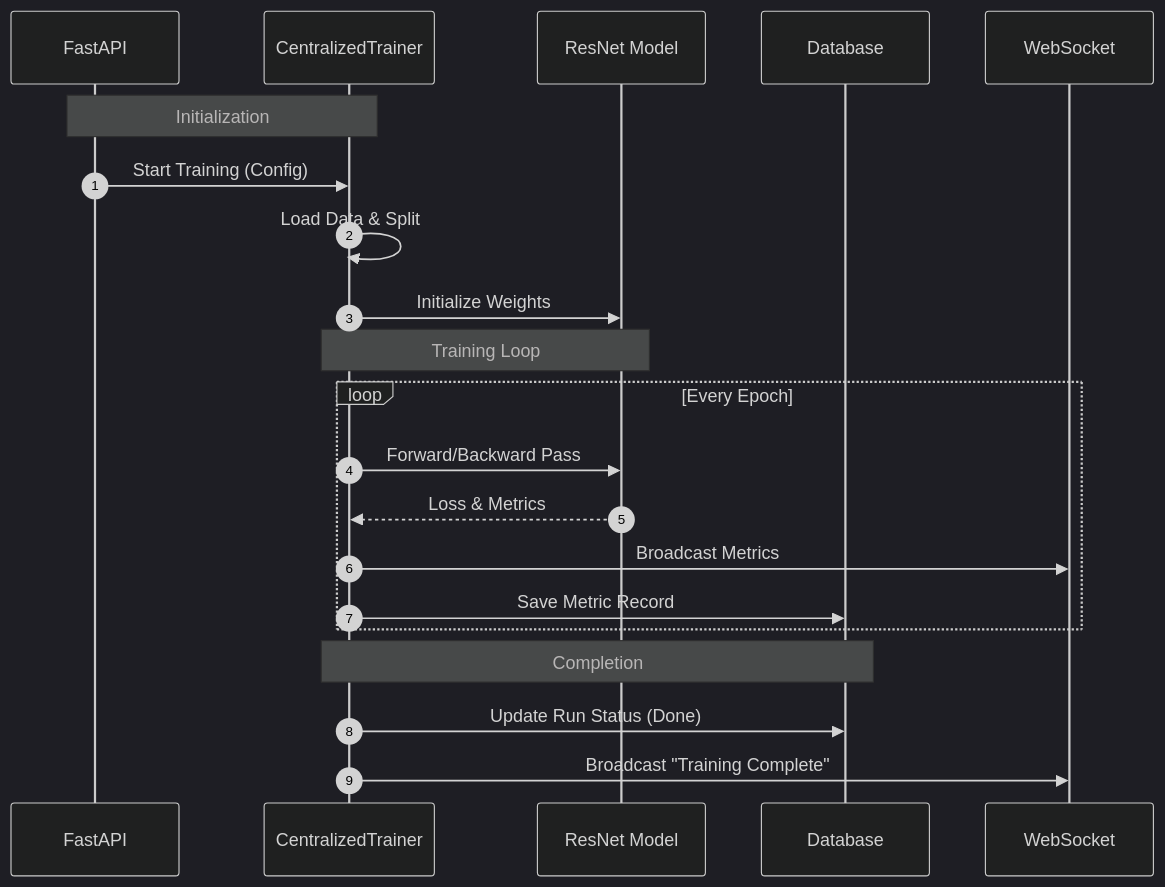
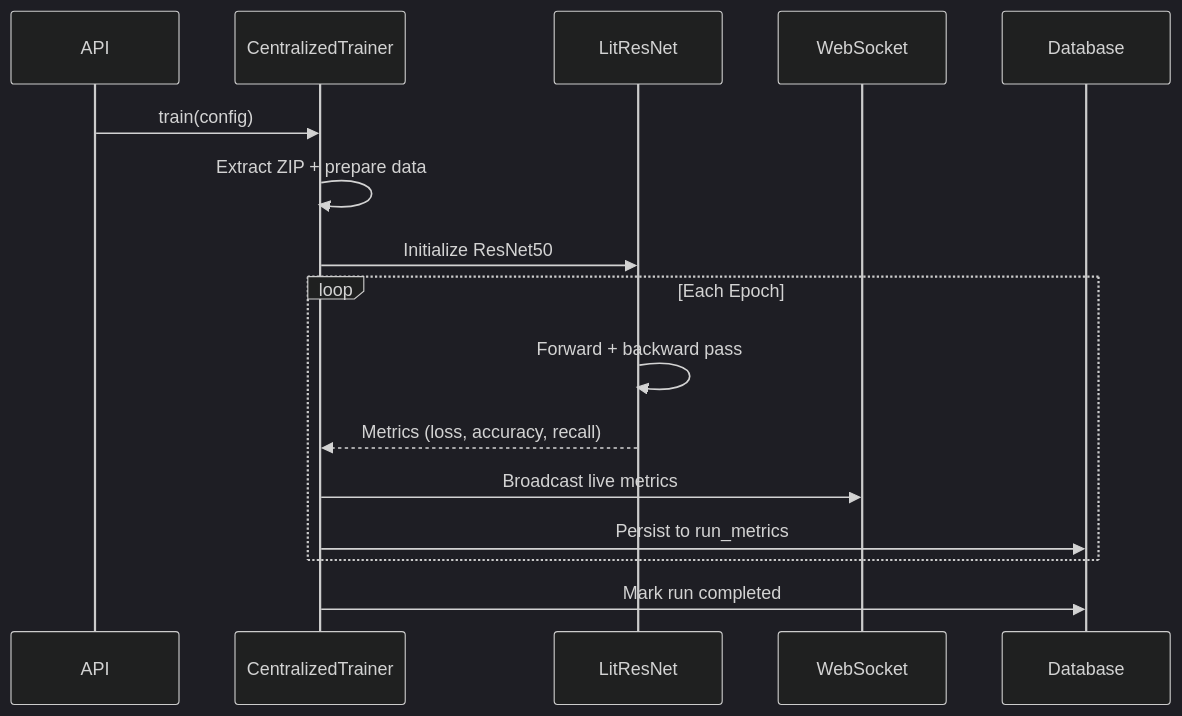
The third of 8 diagrams in federated_pneumonia_detection/src/control/README.md (h19overflow/federated_learning), drawn with Mermaid (dark theme) before and after one commit. The commit also changed other lines of this file and 21 other files, not shown here.

````diff
--- a/federated_pneumonia_detection/src/control/README.md
+++ b/federated_pneumonia_detection/src/control/README.md
@@ -348,26 +78,21 @@
 ```mermaid
 sequenceDiagram
-    autonumber
-    participant API as FastAPI
-    participant CT as CentralizedTrainer
-    participant Model as ResNet Model
+    participant API
+    participant Trainer as CentralizedTrainer
+    participant Model as LitResNet
+    participant WS as WebSocket
     participant DB as Database
-    participant WS as WebSocket
 
-    Note over API, CT: Initialization
-    API->>CT: Start Training (Config)
-    CT->>CT: Load Data & Split
-    CT->>Model: Initialize Weights
+    API->>Trainer: train(config)
+    Trainer->>Trainer: Extract ZIP + prepare data
+    Trainer->>Model: Initialize ResNet50
 
-    Note over CT, Model: Training Loop
-    loop Every Epoch
-        CT->>Model: Forward/Backward Pass
-        Model-->>CT: Loss & Metrics
-        CT->>WS: Broadcast Metrics
-        CT->>DB: Save Metric Record
+    loop Each Epoch
+        Model->>Model: Forward + backward pass
+        Model-->>Trainer: Metrics (loss, accuracy, recall)
+        Trainer->>WS: Broadcast live metrics
+        Trainer->>DB: Persist to run_metrics
     end
 
-    Note over CT, DB: Completion
-    CT->>DB: Update Run Status (Done)
-    CT->>WS: Broadcast "Training Complete"
+    Trainer->>DB: Mark run completed
 ```
````
